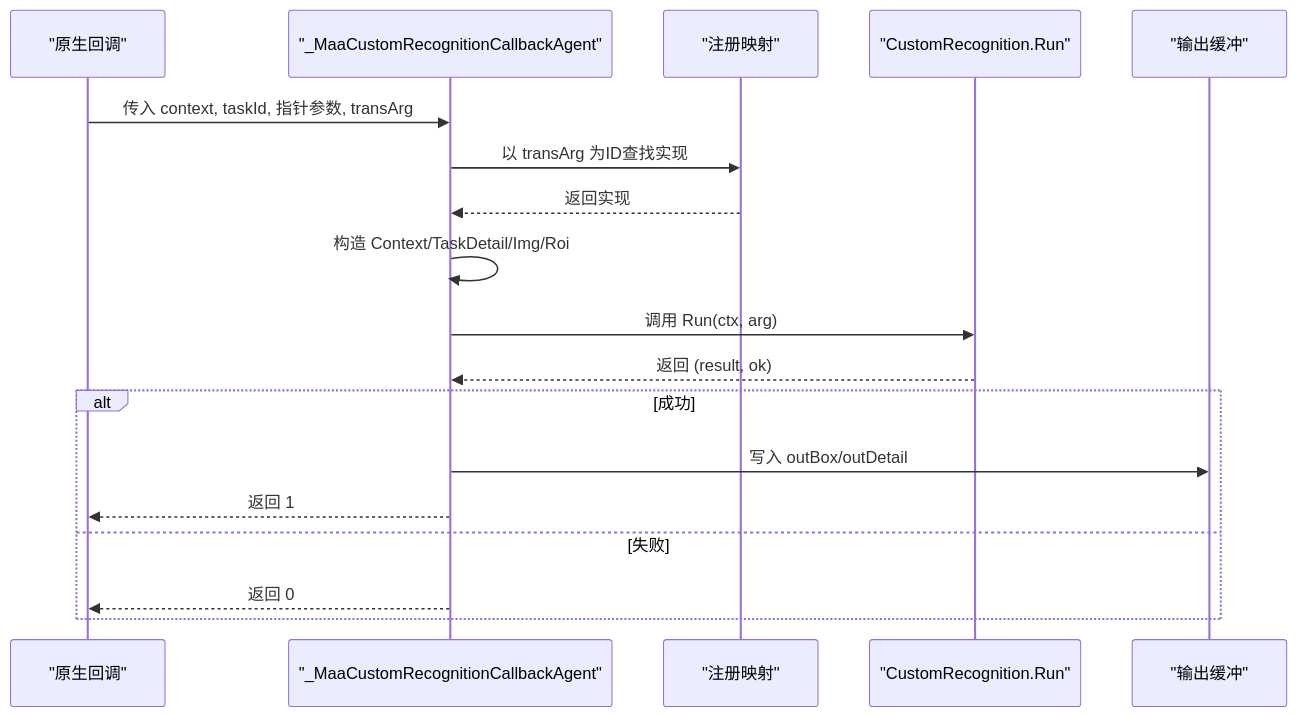
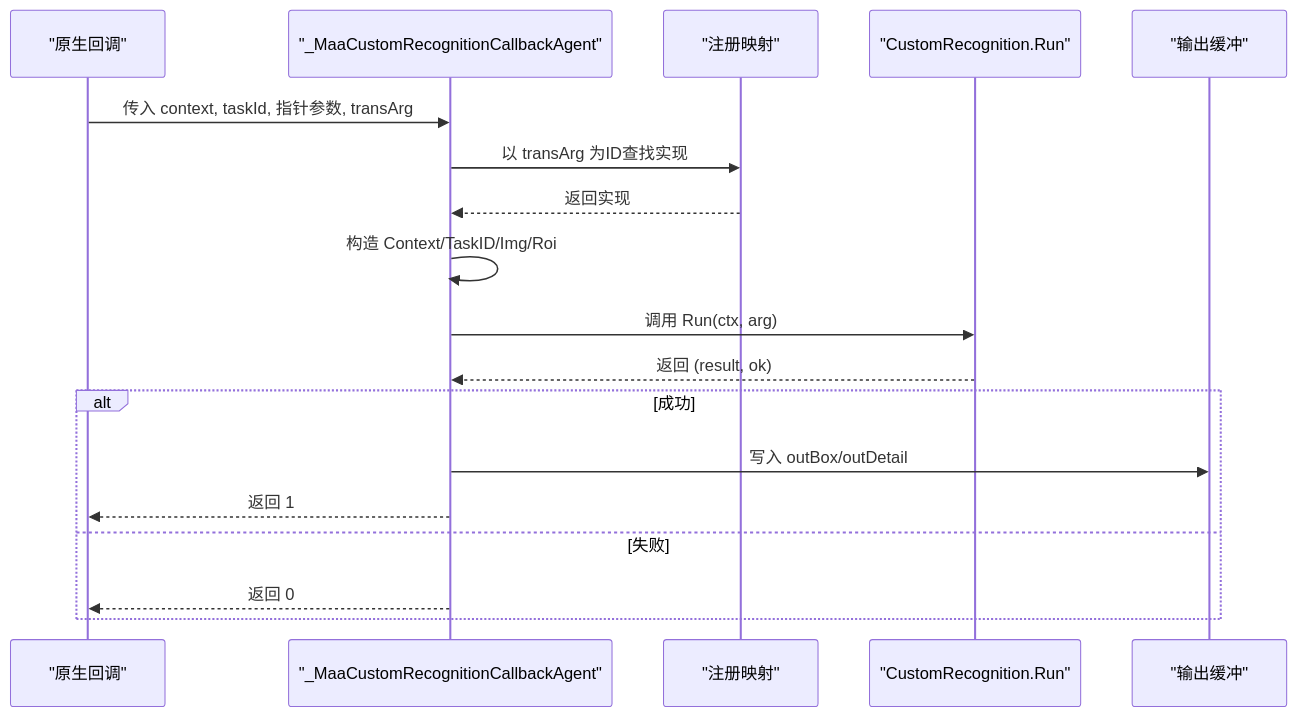
The fourth of 8 diagrams in instructions/maafw-golang-binding/高级功能/自定义识别.md (kqcoxn/MaaPipelineEditor), drawn with Mermaid before and after one commit. The commit also changed other lines of this file and 7 other files, not shown here.

````diff
--- a/instructions/maafw-golang-binding/高级功能/自定义识别.md
+++ b/instructions/maafw-golang-binding/高级功能/自定义识别.md
@@ -209,20 +238,20 @@
 ```mermaid
 sequenceDiagram
 participant Native as "原生回调"
 participant Bridge as "_MaaCustomRecognitionCallbackAgent"
 participant Map as "注册映射"
 participant Impl as "CustomRecognition.Run"
 participant Out as "输出缓冲"
 Native->>Bridge : 传入 context, taskId, 指针参数, transArg
 Bridge->>Map : 以 transArg 为ID查找实现
 Map-->>Bridge : 返回实现
-Bridge->>Bridge : 构造 Context/TaskDetail/Img/Roi
+Bridge->>Bridge : 构造 Context/TaskID/Img/Roi
 Bridge->>Impl : 调用 Run(ctx, arg)
 Impl-->>Bridge : 返回 (result, ok)
 alt 成功
 Bridge->>Out : 写入 outBox/outDetail
 Bridge-->>Native : 返回 1
 else 失败
 Bridge-->>Native : 返回 0
 end
 ```
````
